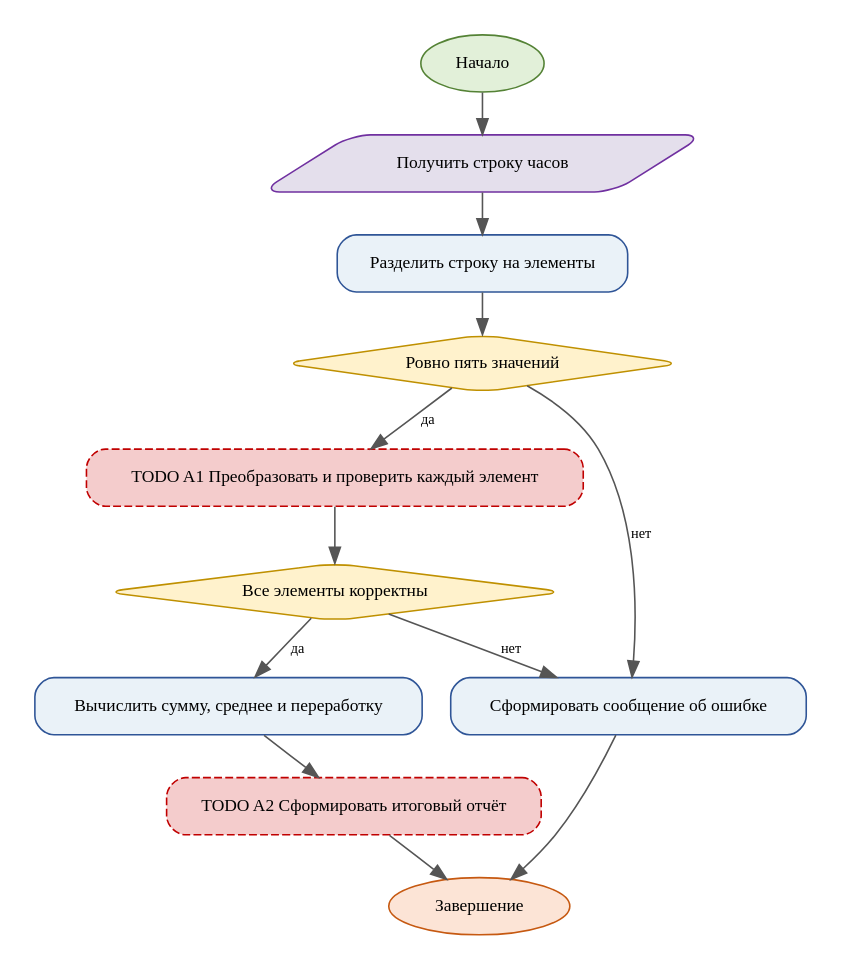
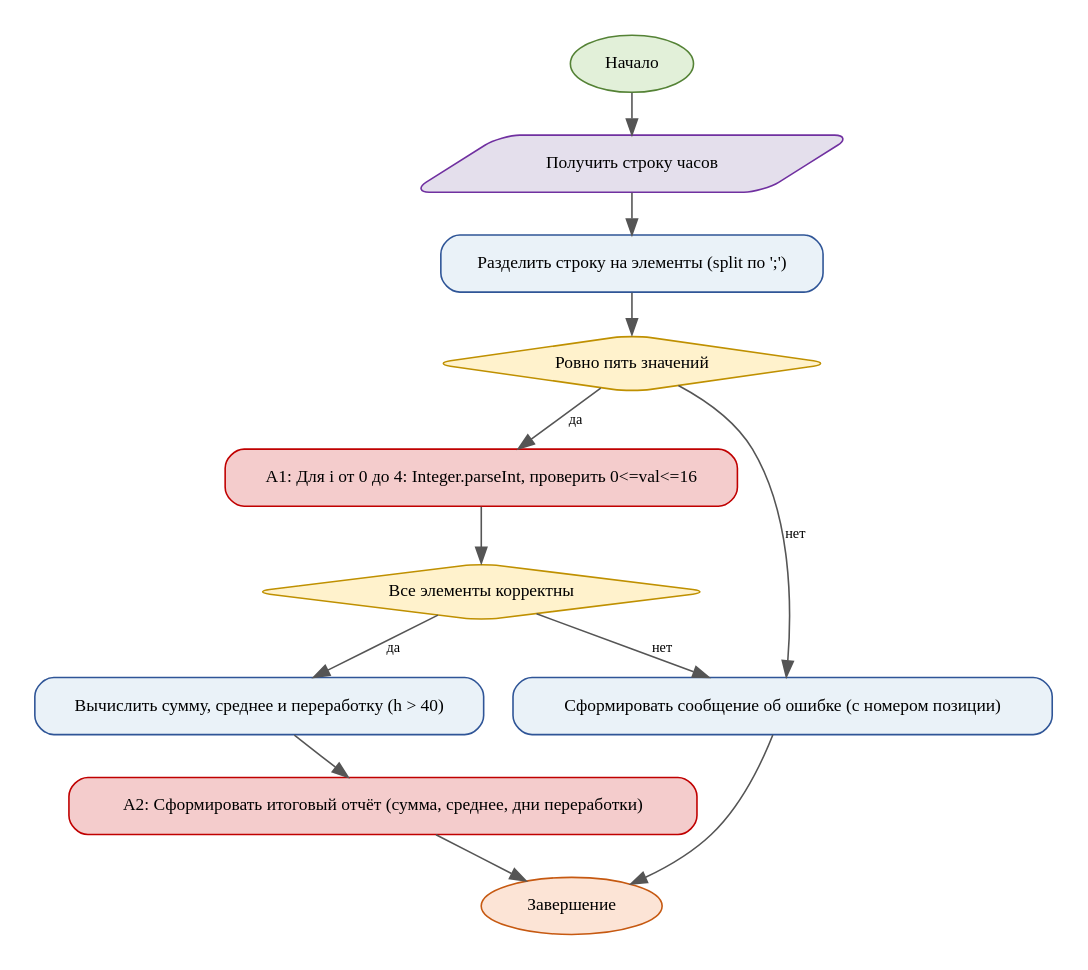
The diagram in activity_partial.dot (Kukoru/pr5-timesheet-analyzer), drawn with Graphviz before and after one commit. The commit also changed 2 other files, not shown here.

Commit message:
Added updated diagrams and REPORT.md

```diff
--- a/activity_partial.dot
+++ b/activity_partial.dot
@@ -1,26 +1,26 @@
 digraph G {
 graph [rankdir=TB, bgcolor="white", pad=0.2, nodesep=0.25, ranksep=0.35];
 node [shape=box, style="rounded,filled", fontname="Times New Roman", fontsize=11, color="#2F5597", fillcolor="#EAF2F8", margin="0.12,0.08"];
 edge [fontname="Times New Roman", fontsize=9, color="#555555"];
 start [label="Начало", shape=oval, fillcolor="#E2F0D9", color="#548235"];
 end [label="Завершение", shape=oval, fillcolor="#FCE4D6", color="#C65911"];
 n1 [label="Получить строку часов" ,shape=parallelogram,fillcolor="#E4DFEC",color="#7030A0"];
-n2 [label="Разделить строку на элементы" ];
+n2 [label="Разделить строку на элементы (split по ';')" ];
 n3 [label="Ровно пять значений" ,shape=diamond,fillcolor="#FFF2CC",color="#BF9000"];
-n4 [label="TODO A1 Преобразовать и проверить каждый элемент" ,fillcolor="#F4CCCC",color="#C00000",style="rounded,dashed,filled"];
+n4 [label="A1: Для i от 0 до 4: Integer.parseInt, проверить 0<=val<=16", fillcolor="#F4CCCC",color="#C00000"];
 n5 [label="Все элементы корректны" ,shape=diamond,fillcolor="#FFF2CC",color="#BF9000"];
-n6 [label="Вычислить сумму, среднее и переработку" ];
-n7 [label="TODO A2 Сформировать итоговый отчёт" ,fillcolor="#F4CCCC",color="#C00000",style="rounded,dashed,filled"];
-n8 [label="Сформировать сообщение об ошибке" ];
+n6 [label="Вычислить сумму, среднее и переработку (h > 40)" ];
+n7 [label="A2: Сформировать итоговый отчёт (сумма, среднее, дни переработки)", fillcolor="#F4CCCC",color="#C00000"];
+n8 [label="Сформировать сообщение об ошибке (с номером позиции)" ];
 start -> n1;
 n1 -> n2;
 n2 -> n3;
 n3 -> n4 [label="да"];
 n3 -> n8 [label="нет"];
 n4 -> n5;
 n5 -> n6 [label="да"];
 n5 -> n8 [label="нет"];
 n6 -> n7;
 n7 -> end;
 n8 -> end;
 }
```
